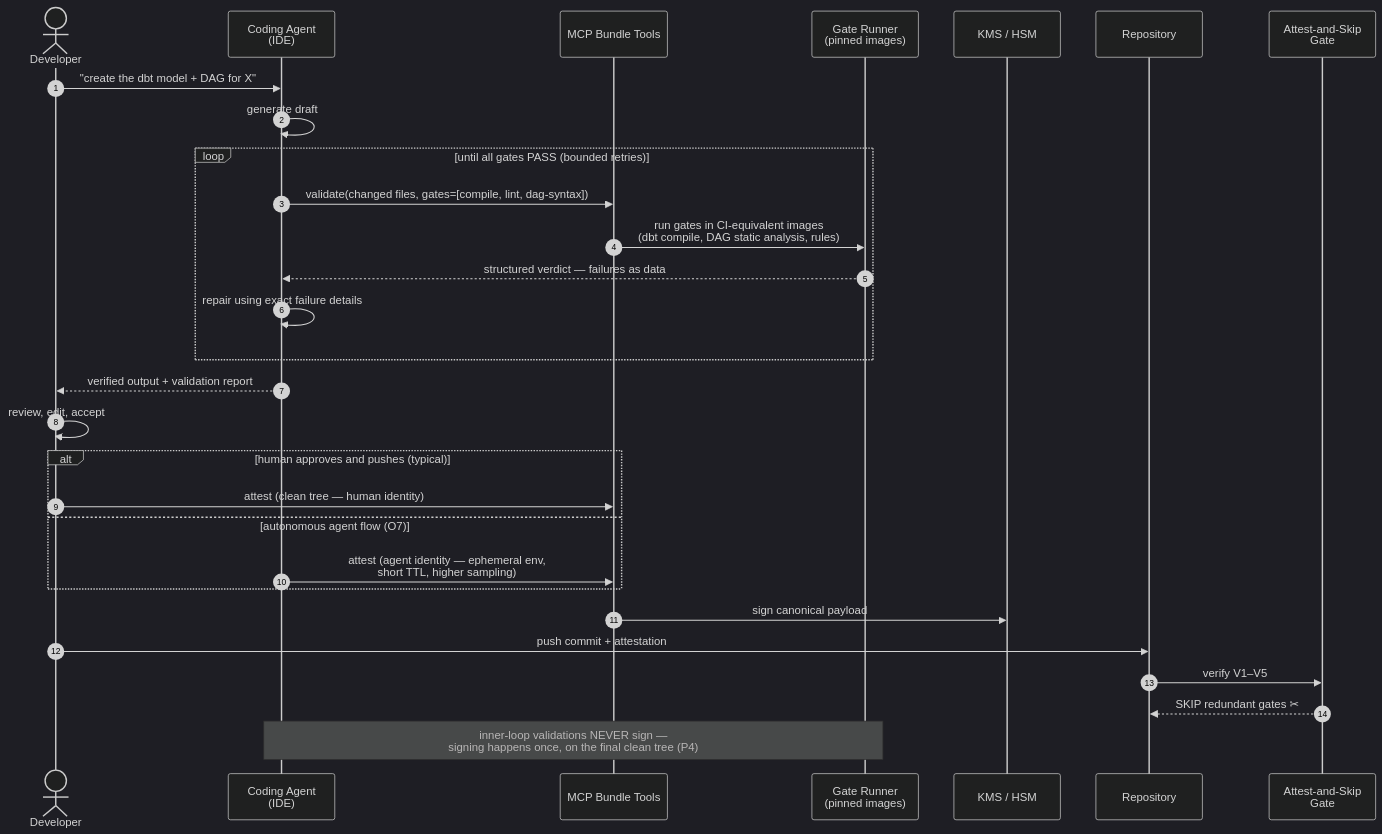
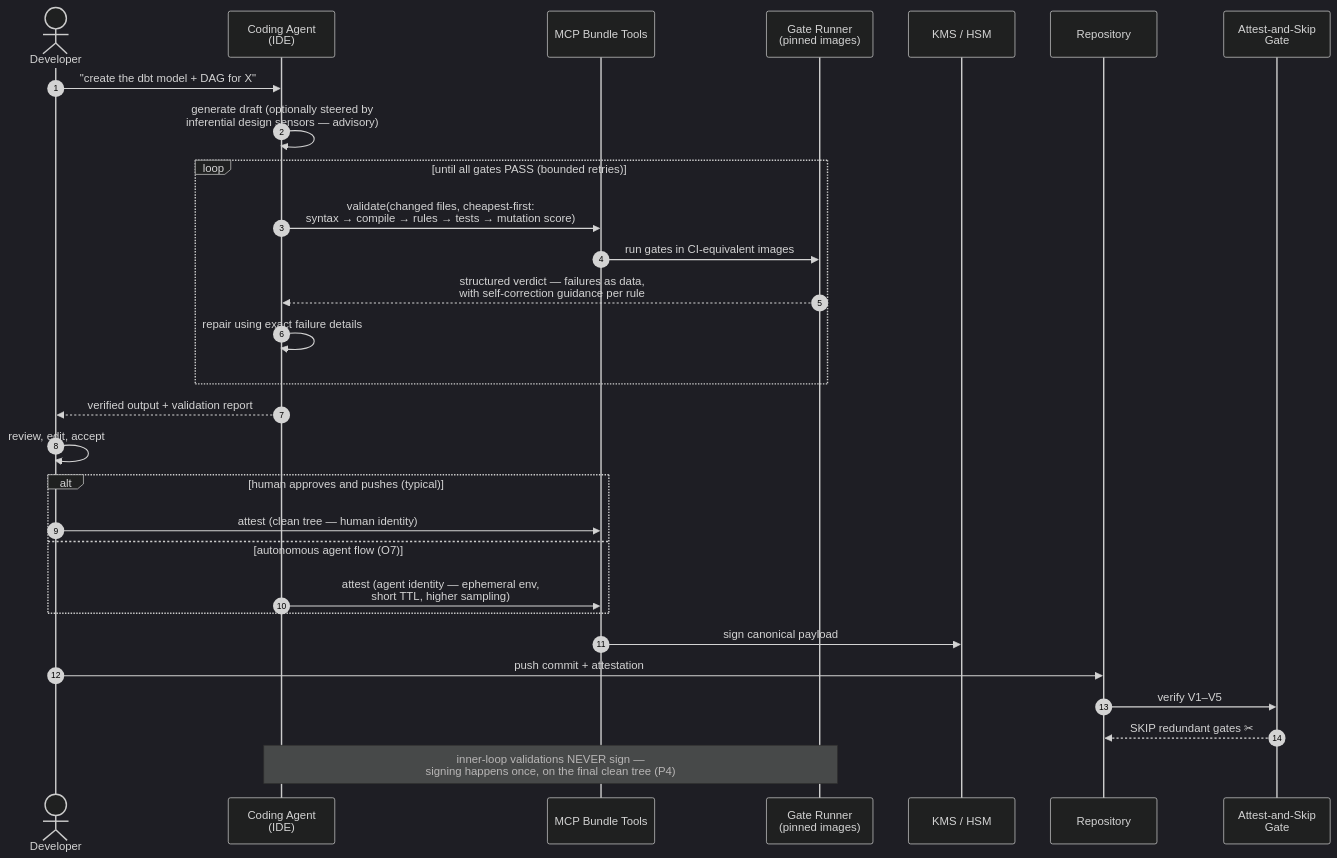
Before and after one commit to JackCid89/proof-carrying-pipelines: the second of 2 diagrams in docs/agent-loop.md, drawn with Mermaid (dark theme). The commit also changed other lines of this file and 11 other files, not shown here.

Commit message:
agent loop: Böckeler sensor framework — fidelity/integrity, mutation-score gate vs reward hacking, guidance-rich verdicts

````diff
--- a/docs/agent-loop.md
+++ b/docs/agent-loop.md
@@ -68,32 +117,32 @@
 ```mermaid
 sequenceDiagram
     autonumber
     actor U as Developer
     participant A as Coding Agent<br/>(IDE)
     participant M as MCP Bundle Tools
     participant G as Gate Runner<br/>(pinned images)
     participant K as KMS / HSM
     participant R as Repository
     participant V as Attest-and-Skip<br/>Gate
 
     U->>A: "create the dbt model + DAG for X"
-    A->>A: generate draft
+    A->>A: generate draft (optionally steered by<br/>inferential design sensors — advisory)
     loop until all gates PASS (bounded retries)
-        A->>M: validate(changed files, gates=[compile, lint, dag-syntax])
-        M->>G: run gates in CI-equivalent images<br/>(dbt compile, DAG static analysis, rules)
-        G-->>A: structured verdict — failures as data
+        A->>M: validate(changed files, cheapest-first:<br/>syntax → compile → rules → tests → mutation score)
+        M->>G: run gates in CI-equivalent images
+        G-->>A: structured verdict — failures as data,<br/>with self-correction guidance per rule
         A->>A: repair using exact failure details
     end
     A-->>U: verified output + validation report
     U->>U: review, edit, accept
     alt human approves and pushes (typical)
         U->>M: attest (clean tree — human identity)
     else autonomous agent flow (O7)
         A->>M: attest (agent identity — ephemeral env,<br/>short TTL, higher sampling)
     end
     M->>K: sign canonical payload
     U->>R: push commit + attestation
     R->>V: verify V1–V5
     V-->>R: SKIP redundant gates ✂
     Note over A,G: inner-loop validations NEVER sign —<br/>signing happens once, on the final clean tree (P4)
 ```
````
